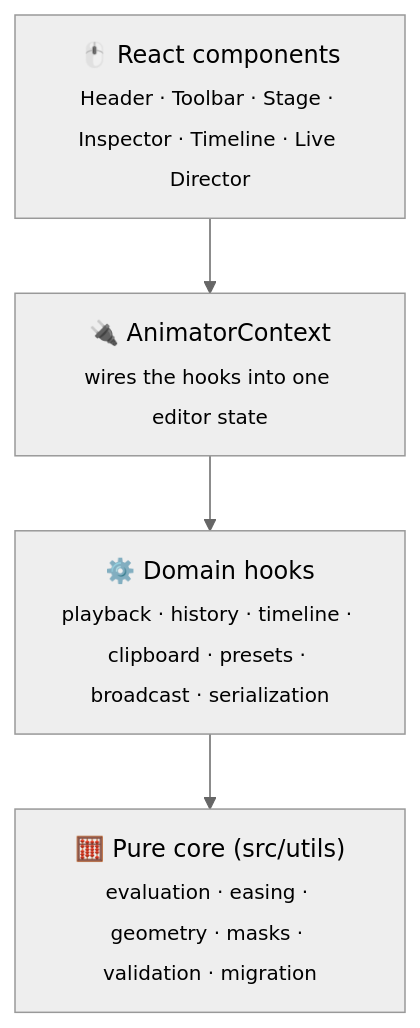
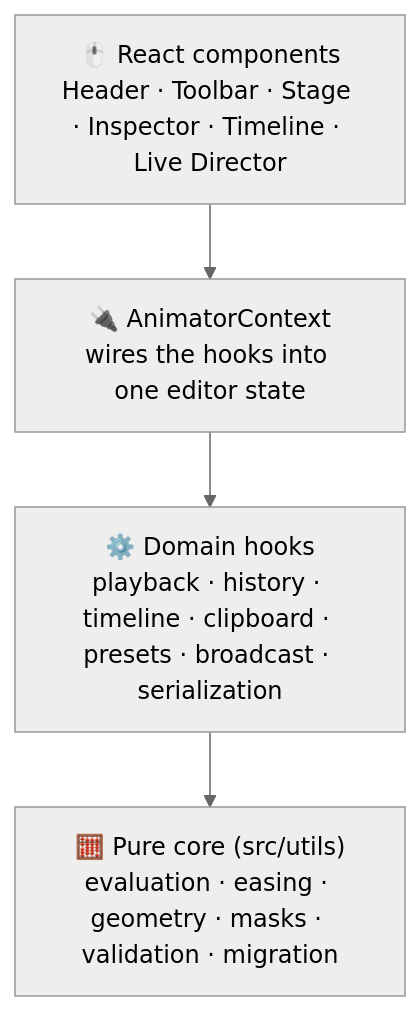
The second of 4 diagrams in README.md (ErtugrulAK/keyframe-character-studio), drawn with Mermaid (neutral theme) before and after one commit. The commit also changed other lines of this file and 2 other files, not shown here.

First line of the commit message:
docs(repo): diagram labels fit their boxes; readable pie and release graph

````diff
--- a/README.md
+++ b/README.md
@@ -64,8 +64,8 @@
 ```mermaid
 flowchart TB
-    UI["🖱️ React components<br/><sub>Header · Toolbar · Stage · Inspector · Timeline · Live Director</sub>"]
-    CTX["🔌 AnimatorContext<br/><sub>wires the hooks into one editor state</sub>"]
-    HOOKS["⚙️ Domain hooks<br/><sub>playback · history · timeline · clipboard · presets · broadcast · serialization</sub>"]
-    CORE["🧮 Pure core (src/utils)<br/><sub>evaluation · easing · geometry · masks · validation · migration</sub>"]
+    UI["🖱️ React components<br/>Header · Toolbar · Stage · Inspector · Timeline · Live Director"]
+    CTX["🔌 AnimatorContext<br/>wires the hooks into one editor state"]
+    HOOKS["⚙️ Domain hooks<br/>playback · history · timeline · clipboard · presets · broadcast · serialization"]
+    CORE["🧮 Pure core (src/utils)<br/>evaluation · easing · geometry · masks · validation · migration"]
     UI --> CTX --> HOOKS --> CORE
 ```
````
